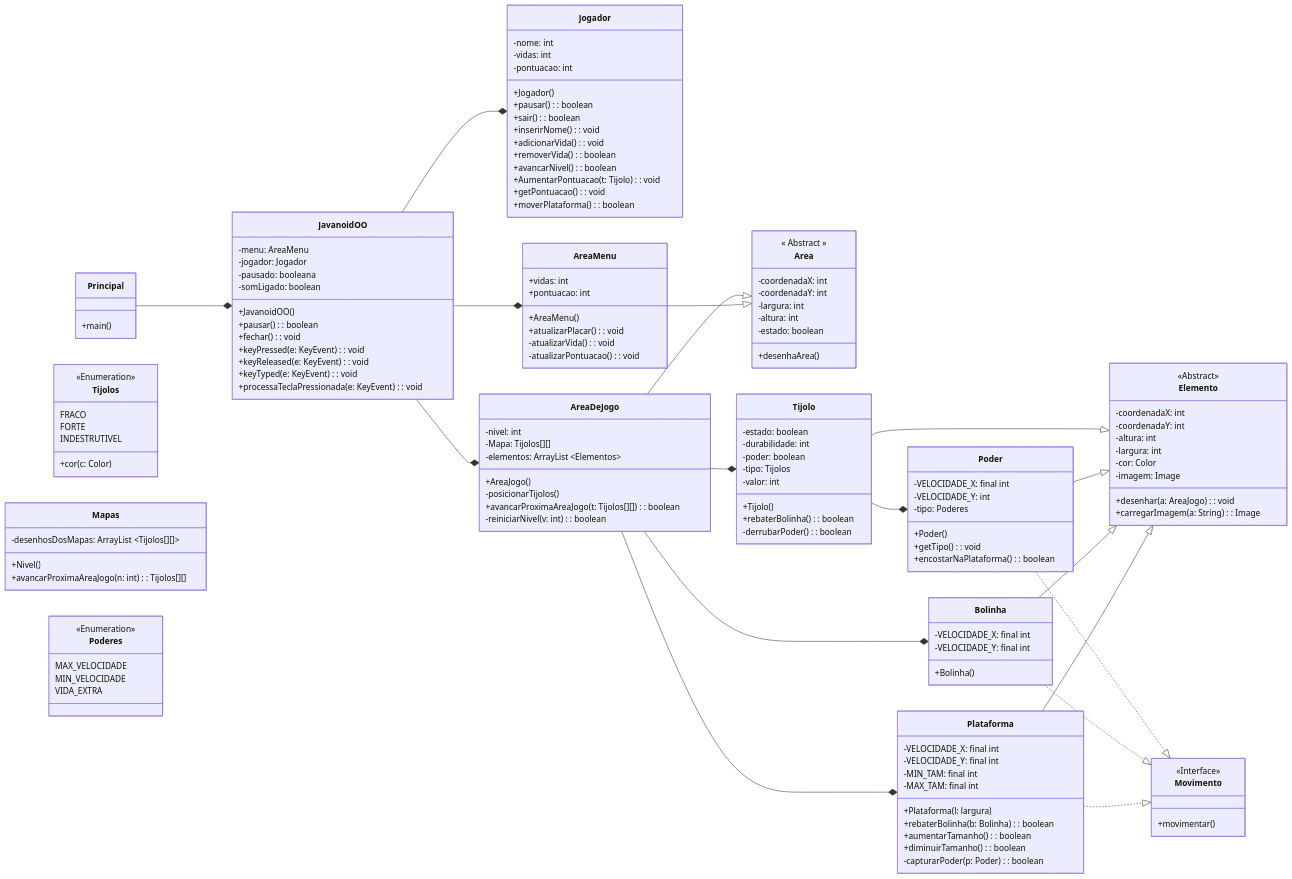
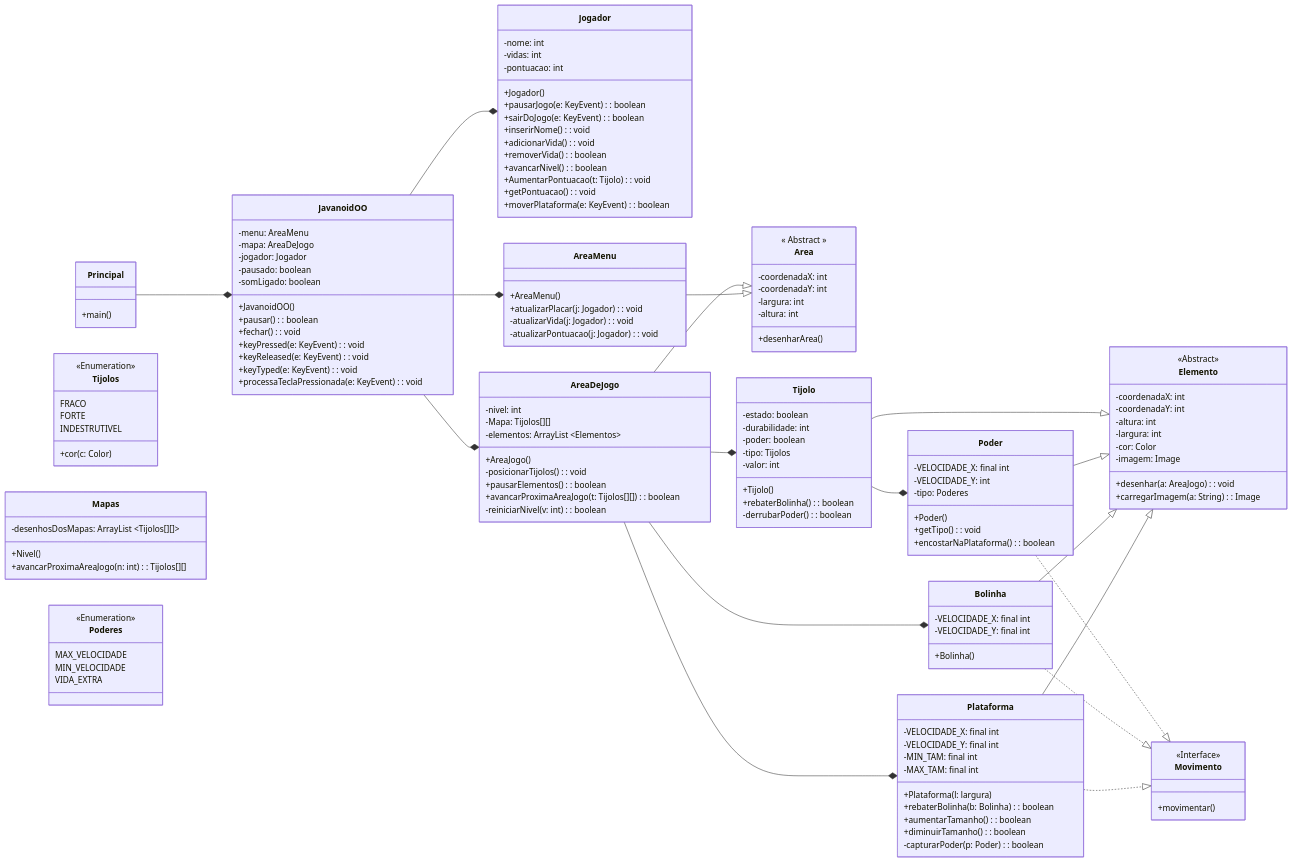
The diagram in proj-02/diagrama3.md (luizakuze/POO), drawn with Mermaid before and after one commit. The commit also changed 12 other files, not shown here.

Commit message:
diagrama

```diff
--- a/proj-02/diagrama3.md
+++ b/proj-02/diagrama3.md
@@ -11,21 +11,22 @@
         -vidas: int
         -pontuacao: int
         +Jogador()
-        +pausar() : boolean
-        +sair() : boolean
-        +inserirNome() : void
-        +adicionarVida() : void
-        +removerVida() : boolean
-        +avancarNivel() : boolean
-        +AumentarPontuacao(t: Tijolo) : void
-        +getPontuacao() : void
-        +moverPlataforma(): boolean
+        +pausarJogo(e: KeyEvent): boolean
+        +sairDoJogo(e: KeyEvent): boolean
+        +inserirNome(): void
+        +adicionarVida(): void
+        +removerVida(): boolean
+        +avancarNivel(): boolean
+        +AumentarPontuacao(t: Tijolo): void
+        +getPontuacao(): void
+        +moverPlataforma(e: KeyEvent): boolean
     }
 
     class JavanoidOO {
         -menu: AreaMenu
+        -mapa: AreaDeJogo
         -jogador: Jogador
-        -pausado: booleana
+        -pausado: boolean
         -somLigado: boolean
         +JavanoidOO()
         +pausar(): boolean
@@ -41,7 +42,8 @@
         -Mapa: Tijolos[][]
         -elementos: ArrayList ~Elementos~
         +AreaJogo()
-        -posicionarTijolos()
+        -posicionarTijolos(): void
+        +pausarElementos(): boolean
         +avancarProximaAreaJogo(t: Tijolos[][]): boolean
         -reiniciarNivel(v: int): boolean
     }
@@ -52,17 +54,14 @@
         -coordenadaY: int
         -largura: int
         -altura: int
-        -estado: boolean
-        +desenhaArea()
+        +desenharArea()
     }
 
     class AreaMenu {
-        +vidas: int
-        +pontuacao: int
         +AreaMenu()
-        +atualizarPlacar(): void
-        -atualizarVida(): void
-        -atualizarPontuacao(): void
+        +atualizarPlacar(j: Jogador): void
+        -atualizarVida(j: Jogador): void
+        -atualizarPontuacao(j: Jogador): void
     }
 
     class Tijolos {
```
